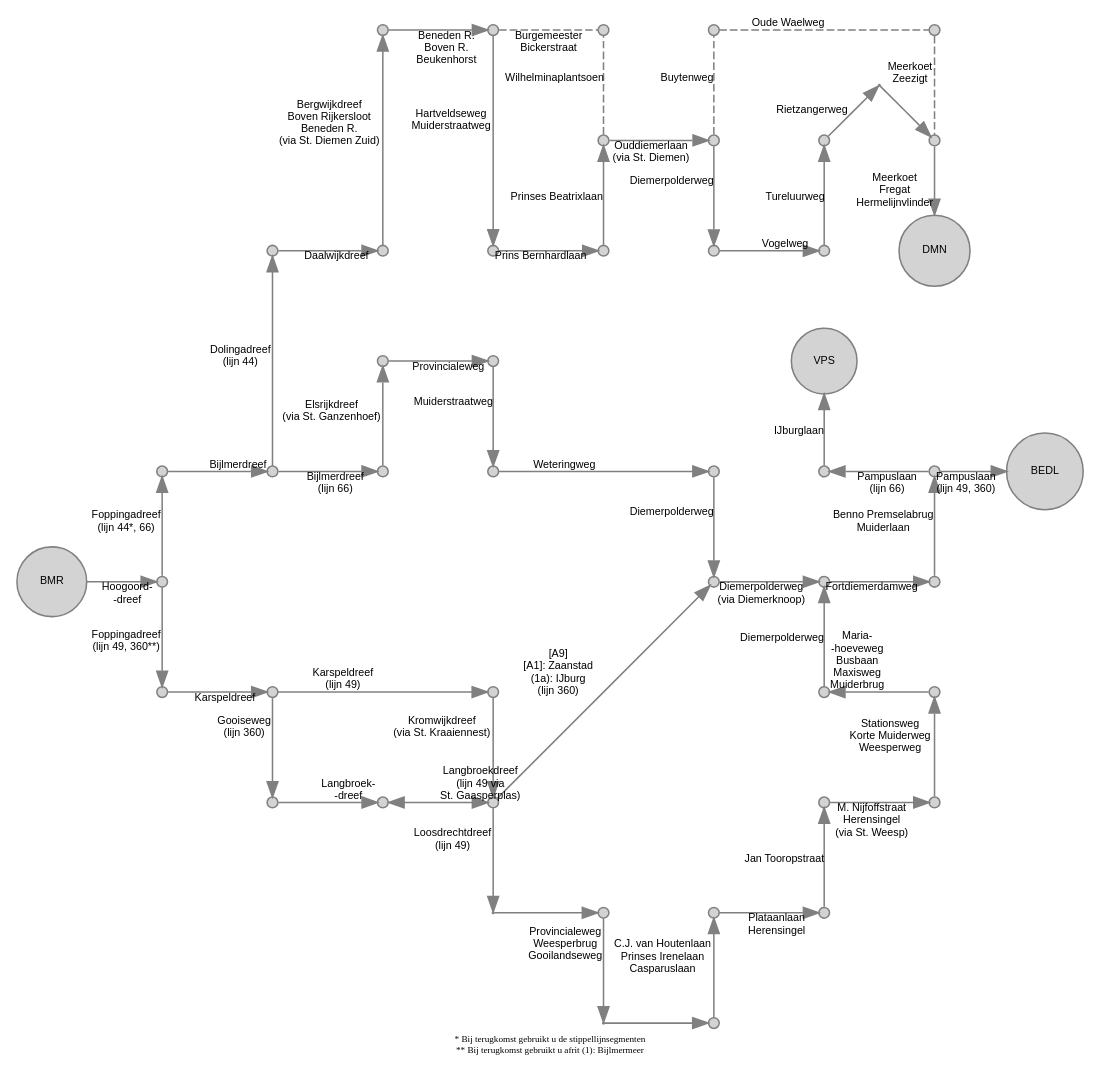
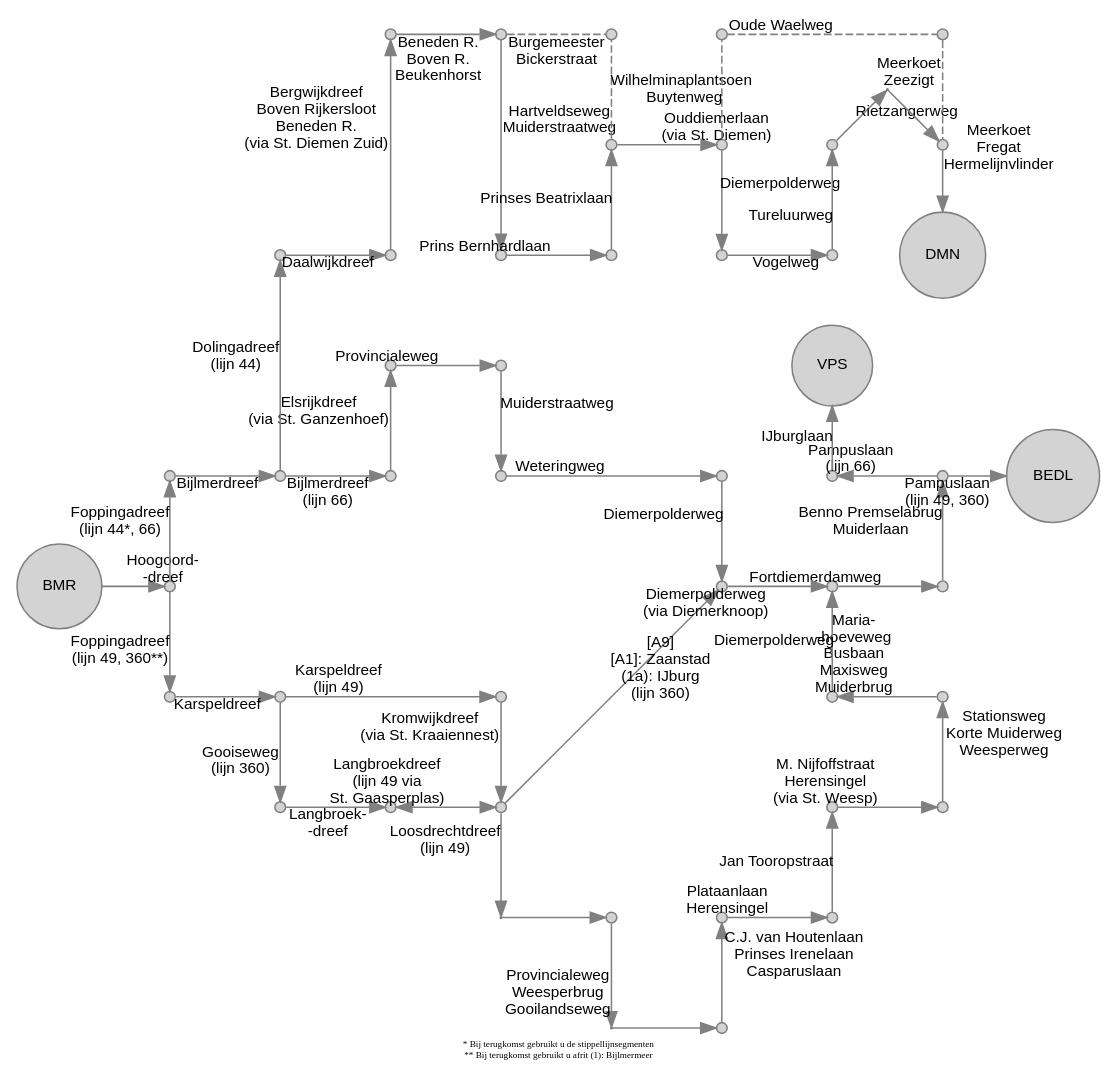
One commit to JacekPardyak/bus changed the diagram in gvb/BMR.gv. Above: the diagram before and after it, drawn with Graphviz. The commit also changed 10 other files, not shown here.

```diff
--- a/gvb/BMR.gv
+++ b/gvb/BMR.gv
@@ -1,166 +1,166 @@
 digraph G {
   layout = neato
-  node [shape = circle, style = filled, fillcolor = lightgray, color = gray, height=0.1, label = "", fontsize = 7, fontname = "Arial"]
-  edge [color = gray, fontsize = 7, fontname = "Arial"]
+  node [shape = circle, style = filled, fillcolor = lightgray, color = gray, height=0.1, label = "", fontsize = 10, fontname = "Arial"]
+  edge [color = gray, fontsize = 10, fontname = "Arial"]
   4900 [pos = "0, 0!", label = "BMR"]
   4901 [pos = "1, 0!"]
   4902 [pos = "1,-1!"]
   4903 [pos = "2,-1!"]
   4904 [pos = "4,-1!"]
   4905 [pos = "4,-2!"]
   4906 [pos = "5,-3!"]
   4907 [pos = "5,-4!", height=0.01]
   4908 [pos = "6,-4!"]
   4909 [pos = "6,-3!"]
   4910 [pos = "7,-3!"]
   4911 [pos = "7,-2!"]
   4912 [pos = "8,-2!"]
   4913 [pos = "8,-1!"]
   4914 [pos = "7,-1!"]
   4915 [pos = "7, 0!"]
   4916 [pos = "8, 0!"]
   4917 [pos = "4,-3!", height=0.01]
 
   6601 [pos = "1, 1!"]
   6602 [pos = "3, 1!"]
   6603 [pos = "3, 2!"]
   6604 [pos = "4, 2!"]
   6605 [pos = "4, 1!"]
   6606 [pos = "6, 1!"]
   6607 [pos = "6, 0!"]
   6608 [pos = " 8, 1!"]
   6609 [pos = " 7, 1!"]
   6610 [pos = " 7, 2!", label = "VPS"]
 
   36001 [pos = "2,-2!"]
   36002 [pos = "3,-2!"]
   36003 [pos = " 9, 1!", label = "BEDL"]
   
   4401 [pos = "2, 1!"]
   4402 [pos = "2, 3!"]
   4403 [pos = "3, 3!"]
   4404 [pos = "3, 5!"]
   4405 [pos = "4, 5!"]
   4406 [pos = "4, 3!"]
   4407 [pos = "5, 3!"]
   4408 [pos = "5, 4!"]
   4409 [pos = "6, 4!"]
   4410 [pos = "6, 3!"]
   4411 [pos = "7, 3!"]
   4412 [pos = "7, 4!"]
   4413 [pos = "7.5, 4.5!", height=0.01]
   4415 [pos = "8, 3!", label = "DMN"]
   4416 [pos = "5, 5!"]
   4417 [pos = "6, 5!"]
   4418 [pos = "8, 5!"]
   4419 [pos = "8, 4!"]
   
   4408 -> 4416 [label = "Wilhelminaplantsoen", style = dashed, dir = "none"]
   4405 -> 4416 [label = "Burgemeester 
  Bickerstraat", style = dashed, dir = "none"]
   4409 -> 4417 [label = "Buytenweg", style = dashed, dir = "none"]
   4417 -> 4418 [label = "Oude Waelweg", style = dashed, dir = "none"]
   4418 -> 4419 [label = "Meerkoet 
  Zeezigt", style = dashed, dir = "none"]
 
   4900 -> 4901 [label = "Hoogoord- 
  -dreef"]
   4901 -> 4902 [label = "Foppingadreef 
  (lijn 49, 360**)"]
   4902 -> 4903 [label = "Karspeldreef"]
   4903 -> 4904 [label = "Karspeldreef 
  (lijn 49)"]
   4904 -> 4905 [label = "Kromwijkdreef 
  (via St. Kraaiennest)"]
   4905 -> 4917 [label = "Loosdrechtdreef 
  (lijn 49)"]
   4917 -> 4906 [label = ""]
   4906 -> 4907 [label = "Provincialeweg 
  Weesperbrug 
  Gooilandseweg"]
   4907 -> 4908 [label = ""]
   4908 -> 4909 [label = "C.J. van Houtenlaan 
  Prinses Irenelaan 
  Casparuslaan"]
   4909 -> 4910 [label = "Plataanlaan 
  Herensingel"]
   4910 -> 4911 [label = "Jan Tooropstraat"]
   4911 -> 4912 [label = "M. Nijfoffstraat 
  Herensingel 
  (via St. Weesp)"]
   4912 -> 4913 [label = "Stationsweg 
  Korte Muiderweg 
  Weesperweg"]
   4913 -> 4914 [label = "Maria- 
  -hoeveweg 
  Busbaan 
  Maxisweg 
  Muiderbrug"]
   4914 -> 4915 [label = "Diemerpolderweg"]
   4915 -> 4916 [label = "Fortdiemerdamweg"]
   4916 -> 6608 [label = "Benno Premselabrug 
  Muiderlaan"]
   
 
   4903 -> 36001 [label = "Gooiseweg 
  (lijn 360)"]
   36001 -> 36002 [label = "Langbroek- 
  -dreef"]
   36002 -> 4905 [dir = "both", label = "Langbroekdreef 
  (lijn 49 via 
  St. Gaasperplas)"]
 
   4901 -> 6601 [label = "Foppingadreef 
  (lijn 44*, 66)"]
   6601 -> 4401 [label = "Bijlmerdreef"]
   4401 -> 6602 [label = "Bijlmerdreef 
  (lijn 66)"]
   4401 -> 4402 [label = "Dolingadreef 
  (lijn 44)"]
   4402 -> 4403 [label = "Daalwijkdreef"]
   4403 -> 4404 [label = "Bergwijkdreef 
  Boven Rijkersloot 
  Beneden R. 
  (via St. Diemen Zuid)"]
   4404 -> 4405 [label = "Beneden R. 
  Boven R.
  Beukenhorst"]
   4405 -> 4406 [label = "Hartveldseweg 
  Muiderstraatweg"]
   4406 -> 4407 [label = "Prins Bernhardlaan"]
   4407 -> 4408 [label = "Prinses Beatrixlaan"]
   4408 -> 4409 [label = "Ouddiemerlaan 
  (via St. Diemen)"]
   4409 -> 4410 [label = "Diemerpolderweg"]
   4410 -> 4411 [label = "Vogelweg"]
   4411 -> 4412 [label = "Tureluurweg"]
   4412 -> 4413 [label = "Rietzangerweg"]
   4413 -> 4419
   4419 -> 4415 [label = "Meerkoet 
  Fregat 
  Hermelijnvlinder"]
   
   6602 -> 6603 [label = "Elsrijkdreef 
  (via St. Ganzenhoef)"]
   6603 -> 6604 [label = "Provincialeweg"]
   6604 -> 6605 [label = "Muiderstraatweg"]
   6605 -> 6606 [label = "Weteringweg"]
 
   6606 -> 6607 [label = "Diemerpolderweg"]
   6607 -> 4915 [label = "Diemerpolderweg 
  (via Diemerknoop)"]
   6608 -> 36003 [label = "Pampuslaan 
  (lijn 49, 360)"]
   6608 -> 6609 [label = "Pampuslaan 
  (lijn 66)"]
   6609 -> 6610 [label = "IJburglaan"]
   4905 -> 6607 [label = "[A9] 
  [A1]: Zaanstad 
  (1a): IJburg 
  (lijn 360)"]
   
   labelloc="b"
   label="* Bij terugkomst gebruikt u de stippellijnsegmenten 
  ** Bij terugkomst gebruikt u afrit (1): Bijlmermeer"
   fontsize=6
 }
```
